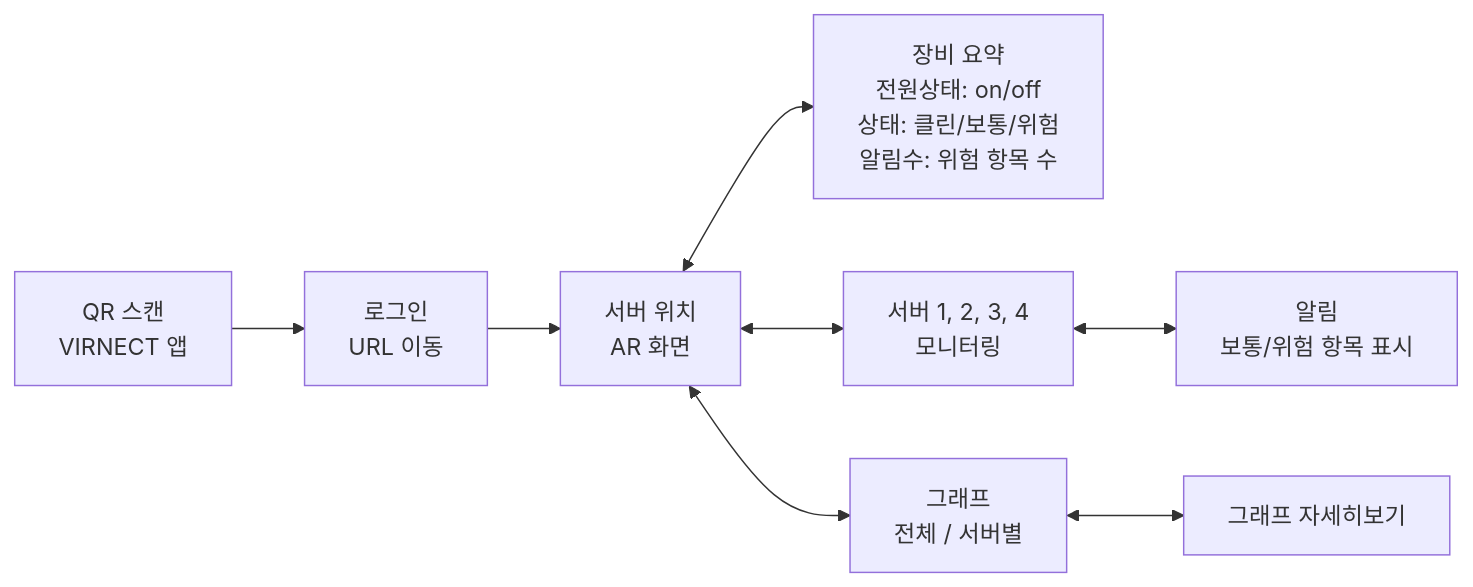
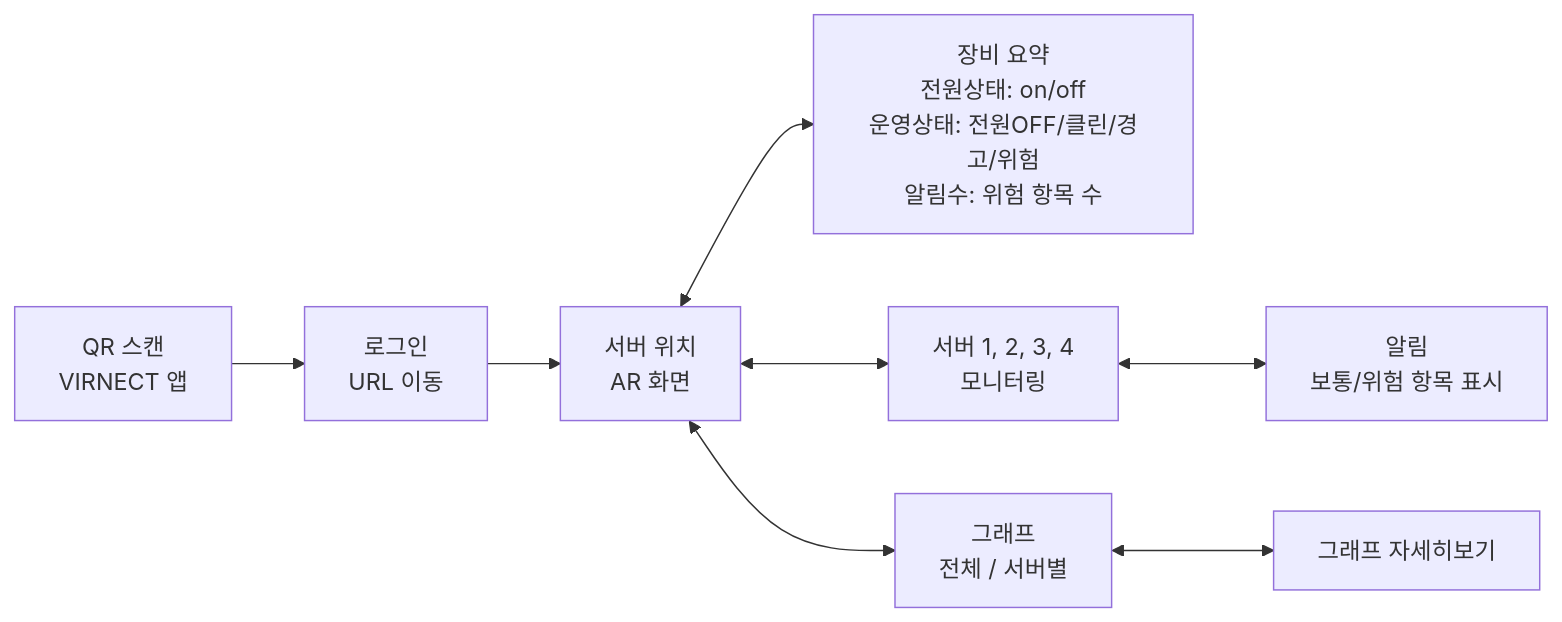
One commit to yoooooungwoon/virnect-project changed the first of 3 diagrams in README.md. Above: the diagram before and after it, drawn with Mermaid. The commit also changed other lines of this file and 3 other files, not shown here.

````diff
--- a/README.md
+++ b/README.md
@@ -28,13 +28,13 @@
 ```mermaid
 flowchart LR
   QR["QR 스캔<br/>VIRNECT 앱"] --> LOGIN["로그인<br/>URL 이동"]
   LOGIN --> POS["서버 위치<br/>AR 화면"]
 
-  POS <--> SUMMARY["장비 요약<br/>전원상태: on/off<br/>상태: 클린/보통/위험<br/>알림수: 위험 항목 수"]
+  POS <--> SUMMARY["장비 요약<br/>전원상태: on/off<br/>운영상태: 전원OFF/클린/경고/위험<br/>알림수: 위험 항목 수"]
 
   POS <--> MONITOR["서버 1, 2, 3, 4<br/>모니터링"]
   MONITOR <--> ALERT["알림<br/>보통/위험 항목 표시"]
 
   POS <--> GRAPH["그래프<br/>전체 / 서버별"]
   GRAPH <--> DETAIL["그래프 자세히보기"]
 ```
````
